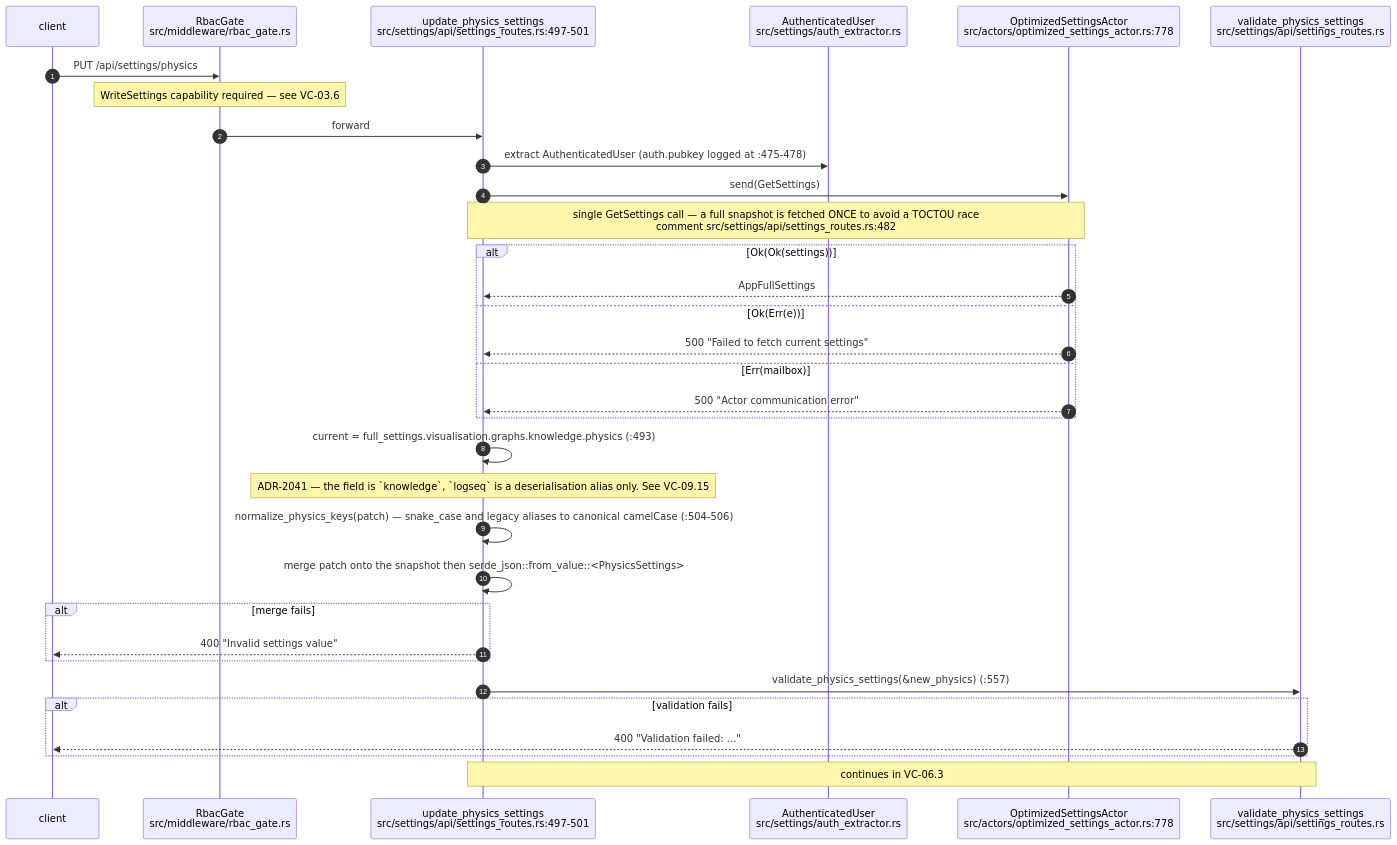
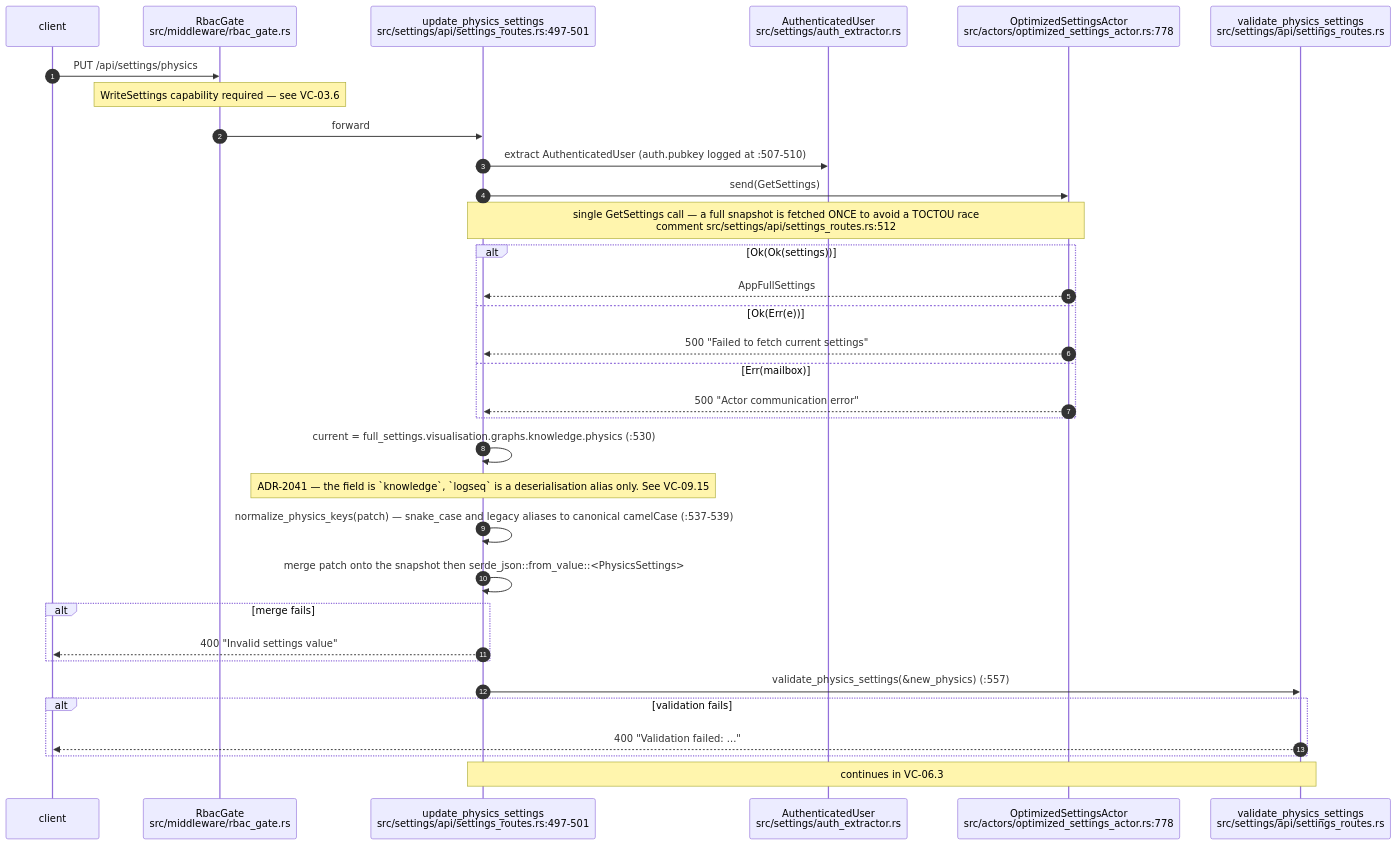
The second of 10 diagrams in docs/diagrams/visionclaw/06-settings-round-trip.md (DreamLab-AI/VisionFlow), drawn with Mermaid before and after one commit. The commit also changed other lines of this file and 52 other files, not shown here.

First line of the commit message:
docs(diagrams): wave 3 checkpoint — bare line refs resolved, revision-pinned cite-check, VC-05/AB-01..13 re-attested

````diff
--- a/docs/diagrams/visionclaw/06-settings-round-trip.md
+++ b/docs/diagrams/visionclaw/06-settings-round-trip.md
@@ -57,36 +57,36 @@
 ```mermaid
 sequenceDiagram
     autonumber
     participant CL as client
     participant RG as RbacGate<br/>src/middleware/rbac_gate.rs
     participant H as update_physics_settings<br/>src/settings/api/settings_routes.rs:497-501
     participant AU as AuthenticatedUser<br/>src/settings/auth_extractor.rs
     participant SA as OptimizedSettingsActor<br/>src/actors/optimized_settings_actor.rs:778
     participant VA as validate_physics_settings<br/>src/settings/api/settings_routes.rs
 
     CL->>RG: PUT /api/settings/physics
     Note over RG: WriteSettings capability required — see VC-03.6
     RG->>H: forward
-    H->>AU: extract AuthenticatedUser (auth.pubkey logged at :475-478)
+    H->>AU: extract AuthenticatedUser (auth.pubkey logged at :507-510)
     H->>SA: send(GetSettings)
-    Note over H,SA: single GetSettings call — a full snapshot is fetched ONCE to avoid a TOCTOU race<br/>comment src/settings/api/settings_routes.rs:482
+    Note over H,SA: single GetSettings call — a full snapshot is fetched ONCE to avoid a TOCTOU race<br/>comment src/settings/api/settings_routes.rs:512
     alt Ok(Ok(settings))
         SA-->>H: AppFullSettings
     else Ok(Err(e))
         SA-->>H: 500 "Failed to fetch current settings"
     else Err(mailbox)
         SA-->>H: 500 "Actor communication error"
     end
-    H->>H: current = full_settings.visualisation.graphs.knowledge.physics (:493)
+    H->>H: current = full_settings.visualisation.graphs.knowledge.physics (:530)
     Note over H: ADR-2041 — the field is `knowledge`, `logseq` is a deserialisation alias only. See VC-09.15
-    H->>H: normalize_physics_keys(patch) — snake_case and legacy aliases to canonical camelCase (:504-506)
+    H->>H: normalize_physics_keys(patch) — snake_case and legacy aliases to canonical camelCase (:537-539)
     H->>H: merge patch onto the snapshot then serde_json::from_value::<PhysicsSettings>
     alt merge fails
         H-->>CL: 400 "Invalid settings value"
     end
     H->>VA: validate_physics_settings(&new_physics) (:557)
     alt validation fails
         VA-->>CL: 400 "Validation failed: ..."
     end
     Note over H,VA: continues in VC-06.3
 ```
````
